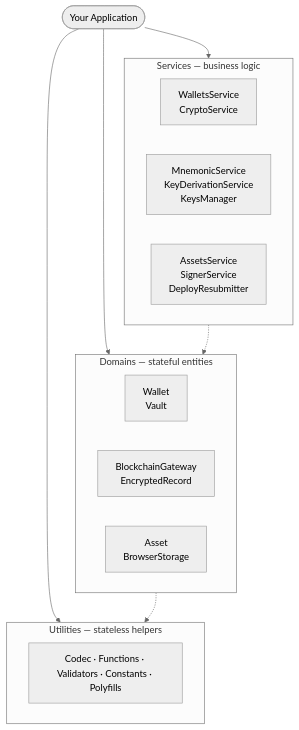
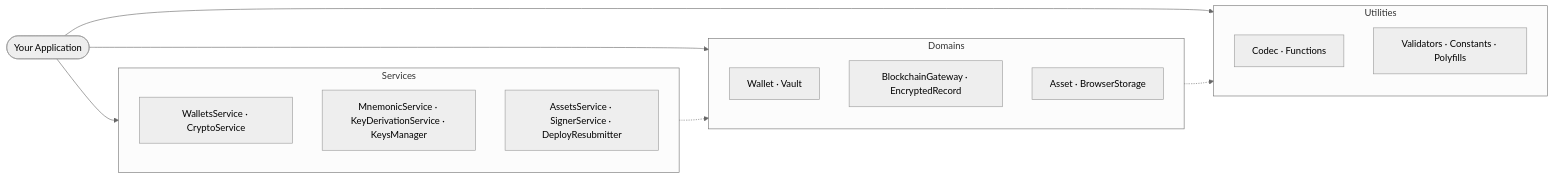
Before and after one commit to asi-alliance/asi-chain-docs-portal: the diagram in wallet-sdk/overview/index.md, drawn with Mermaid.

Commit message:
[AS-571] Switch Module Architecture to horizontal layout

````diff
--- a/wallet-sdk/overview/index.md
+++ b/wallet-sdk/overview/index.md
@@ -86,28 +86,31 @@
 ```mermaid
 %%{init: {'theme': 'neutral', 'themeVariables': {'fontSize': '16px', 'fontFamily': 'Roboto Mono, monospace'}}}%%
-flowchart TB
+flowchart LR
     A(["Your Application"])
 
-    A --> S & D & U
+    A --> S
+    A --> D
+    A --> U
 
-    subgraph S["Services — business logic"]
-        direction LR
-        s1["WalletsService\nCryptoService"]
-        s2["MnemonicService\nKeyDerivationService\nKeysManager"]
-        s3["AssetsService\nSignerService\nDeployResubmitter"]
+    subgraph S["Services"]
+        direction TB
+        s1["WalletsService · CryptoService"]
+        s2["MnemonicService · KeyDerivationService · KeysManager"]
+        s3["AssetsService · SignerService · DeployResubmitter"]
     end
 
-    subgraph D["Domains — stateful entities"]
-        direction LR
-        d1["Wallet\nVault"]
-        d2["BlockchainGateway\nEncryptedRecord"]
-        d3["Asset\nBrowserStorage"]
+    subgraph D["Domains"]
+        direction TB
+        d1["Wallet · Vault"]
+        d2["BlockchainGateway · EncryptedRecord"]
+        d3["Asset · BrowserStorage"]
     end
 
-    subgraph U["Utilities — stateless helpers"]
-        direction LR
-        u1["Codec · Functions · Validators · Constants · Polyfills"]
+    subgraph U["Utilities"]
+        direction TB
+        u1["Codec · Functions"]
+        u2["Validators · Constants · Polyfills"]
     end
 
     S -.-> D -.-> U
 ```
````
